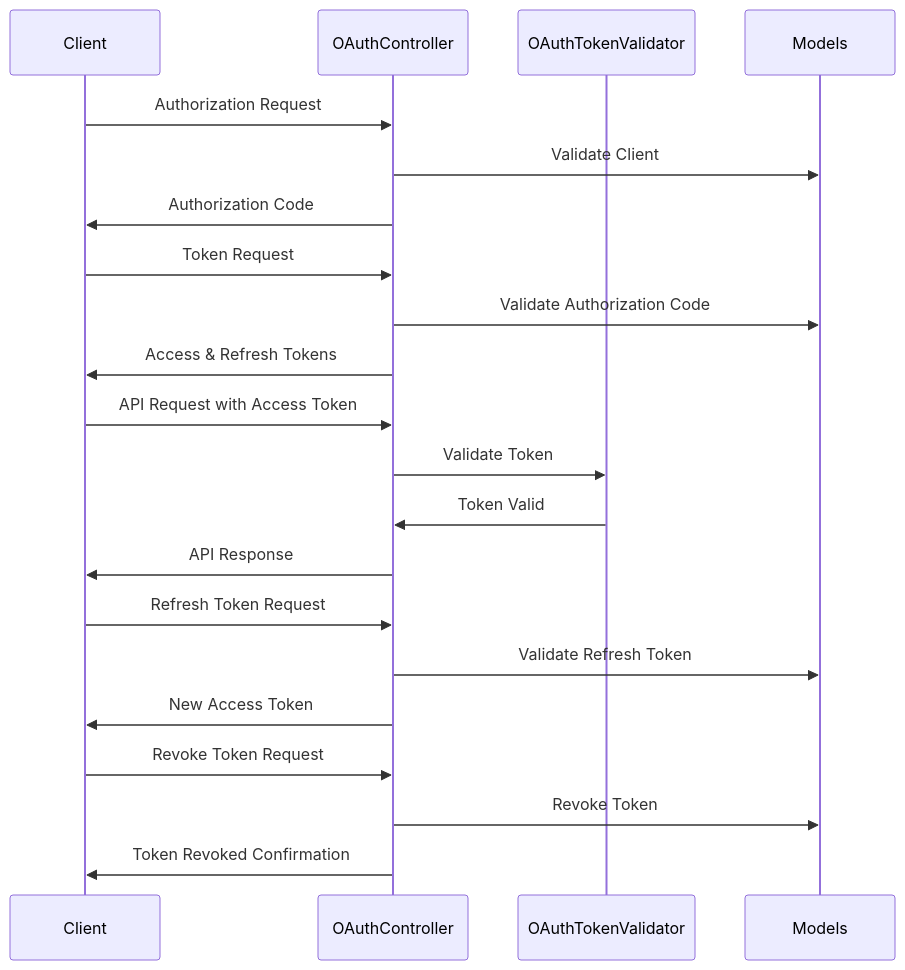
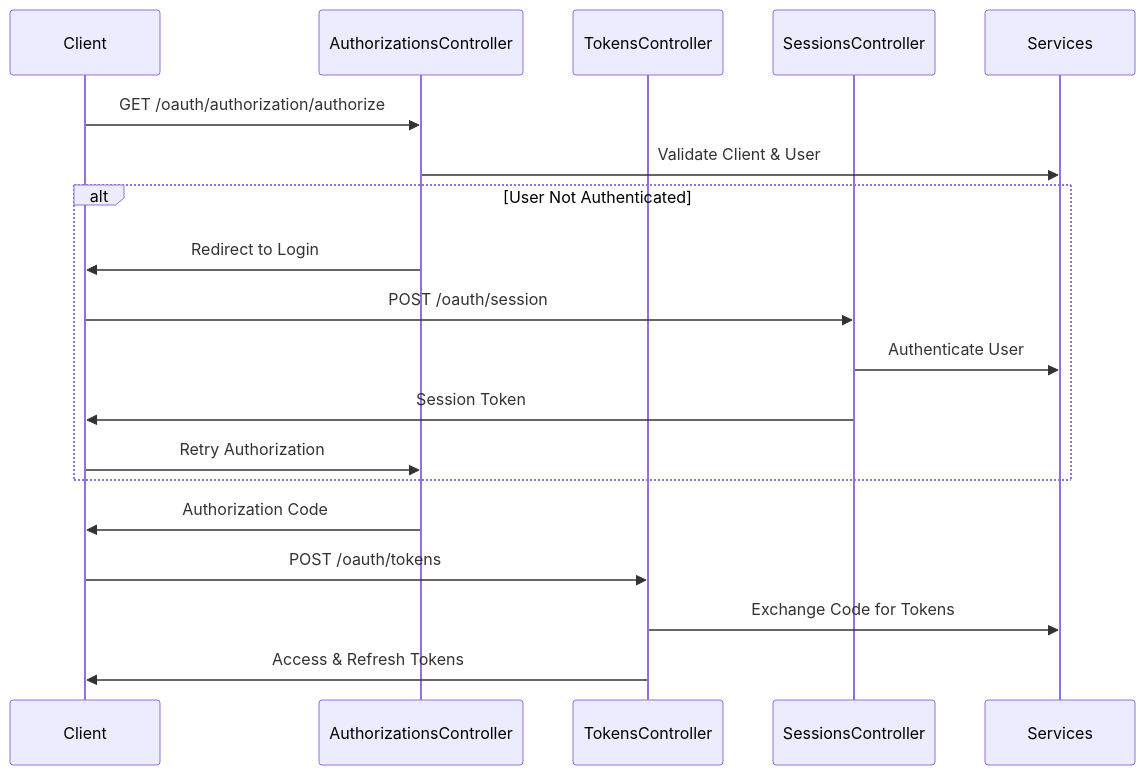
One commit to anjolovic/custom_oauth_server changed the diagram in README.md. Above: the diagram before and after it, drawn with Mermaid. The commit also changed other lines of this file, not shown here.

````diff
--- a/README.md
+++ b/README.md
@@ -21,23 +69,22 @@
 ```mermaid
 sequenceDiagram
     participant Client
-    participant OAuthController
-    participant OAuthTokenValidator
-    participant Models
-    Client->>OAuthController: Authorization Request
-    OAuthController->>Models: Validate Client
-    OAuthController->>Client: Authorization Code
-    Client->>OAuthController: Token Request
-    OAuthController->>Models: Validate Authorization Code
-    OAuthController->>Client: Access & Refresh Tokens
-    Client->>OAuthController: API Request with Access Token
-    OAuthController->>OAuthTokenValidator: Validate Token
-    OAuthTokenValidator->>OAuthController: Token Valid
-    OAuthController->>Client: API Response
-    Client->>OAuthController: Refresh Token Request
-    OAuthController->>Models: Validate Refresh Token
-    OAuthController->>Client: New Access Token
-    Client->>OAuthController: Revoke Token Request
-    OAuthController->>Models: Revoke Token
-    OAuthController->>Client: Token Revoked Confirmation
+    participant AuthorizationsController
+    participant TokensController
+    participant SessionsController
+    participant Services
+    
+    Client->>AuthorizationsController: GET /oauth/authorization/authorize
+    AuthorizationsController->>Services: Validate Client & User
+    alt User Not Authenticated
+        AuthorizationsController->>Client: Redirect to Login
+        Client->>SessionsController: POST /oauth/session
+        SessionsController->>Services: Authenticate User
+        SessionsController->>Client: Session Token
+        Client->>AuthorizationsController: Retry Authorization
+    end
+    AuthorizationsController->>Client: Authorization Code
+    Client->>TokensController: POST /oauth/tokens
+    TokensController->>Services: Exchange Code for Tokens
+    TokensController->>Client: Access & Refresh Tokens
 ```
````
